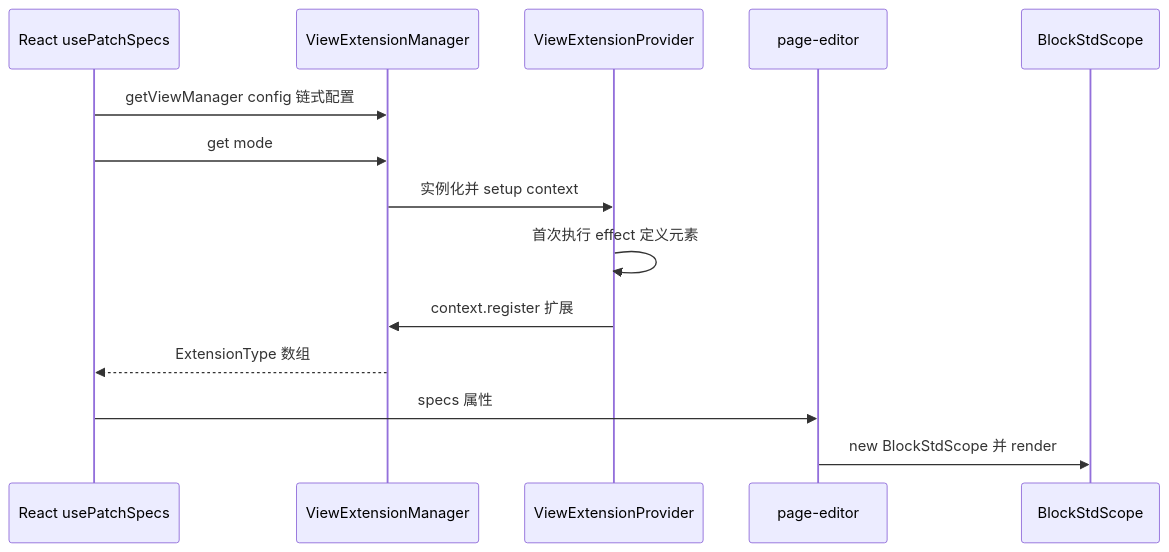
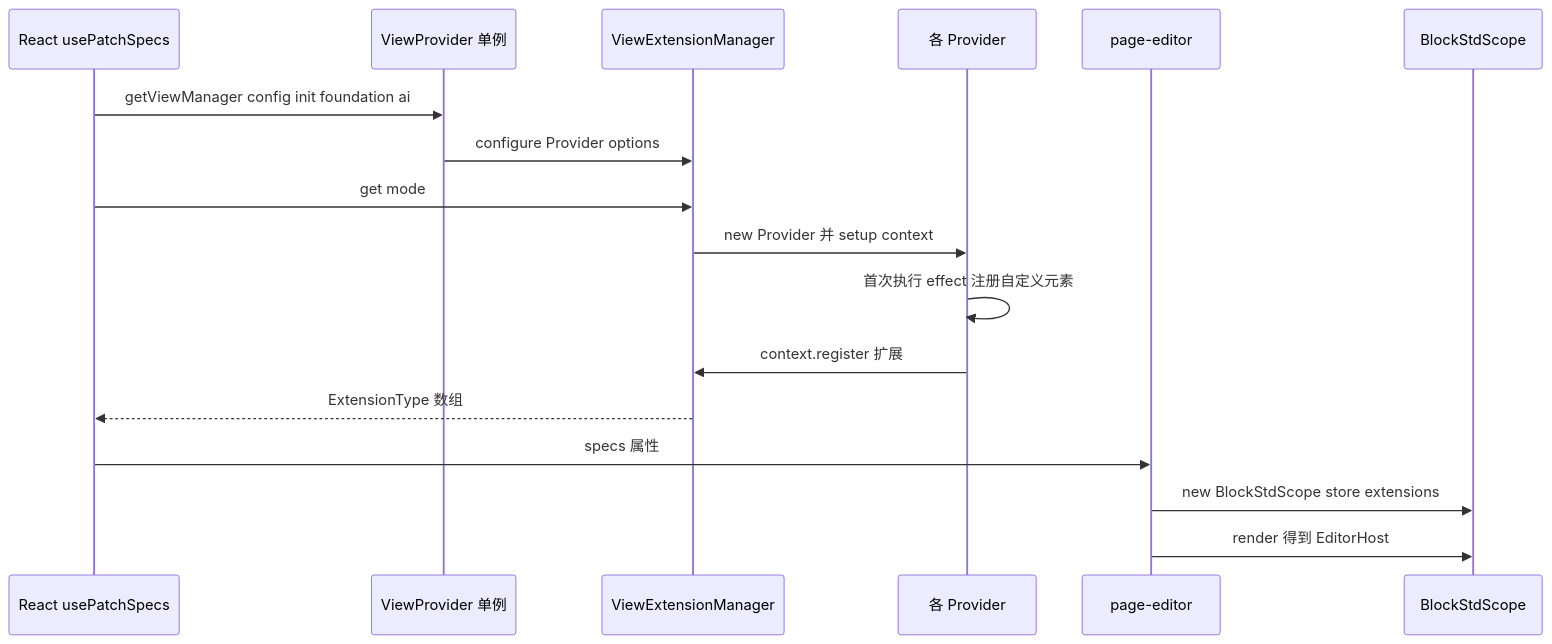
Before and after one commit to lfire/AFFiNE: the fifth of 6 diagrams in learning-guide/slides/decks/13.md, drawn with Mermaid. The commit also changed other lines of this file and 46 other files, not shown here.

````diff
--- a/learning-guide/slides/decks/13.md
+++ b/learning-guide/slides/decks/13.md
@@ -441,16 +419,19 @@
 ```mermaid
 sequenceDiagram
   participant R as React usePatchSpecs
+  participant VP as ViewProvider 单例
   participant VM as ViewExtensionManager
-  participant P as ViewExtensionProvider
+  participant P as 各 Provider
   participant PE as page-editor
   participant STD as BlockStdScope
-  R->>VM: getViewManager config 链式配置
+  R->>VP: getViewManager config init foundation ai
+  VP->>VM: configure Provider options
   R->>VM: get mode
-  VM->>P: 实例化并 setup context
-  P->>P: 首次执行 effect 定义元素
+  VM->>P: new Provider 并 setup context
+  P->>P: 首次执行 effect 注册自定义元素
   P->>VM: context.register 扩展
   VM-->>R: ExtensionType 数组
   R->>PE: specs 属性
-  PE->>STD: new BlockStdScope 并 render
+  PE->>STD: new BlockStdScope store extensions
+  PE->>STD: render 得到 EditorHost
 ```
````
